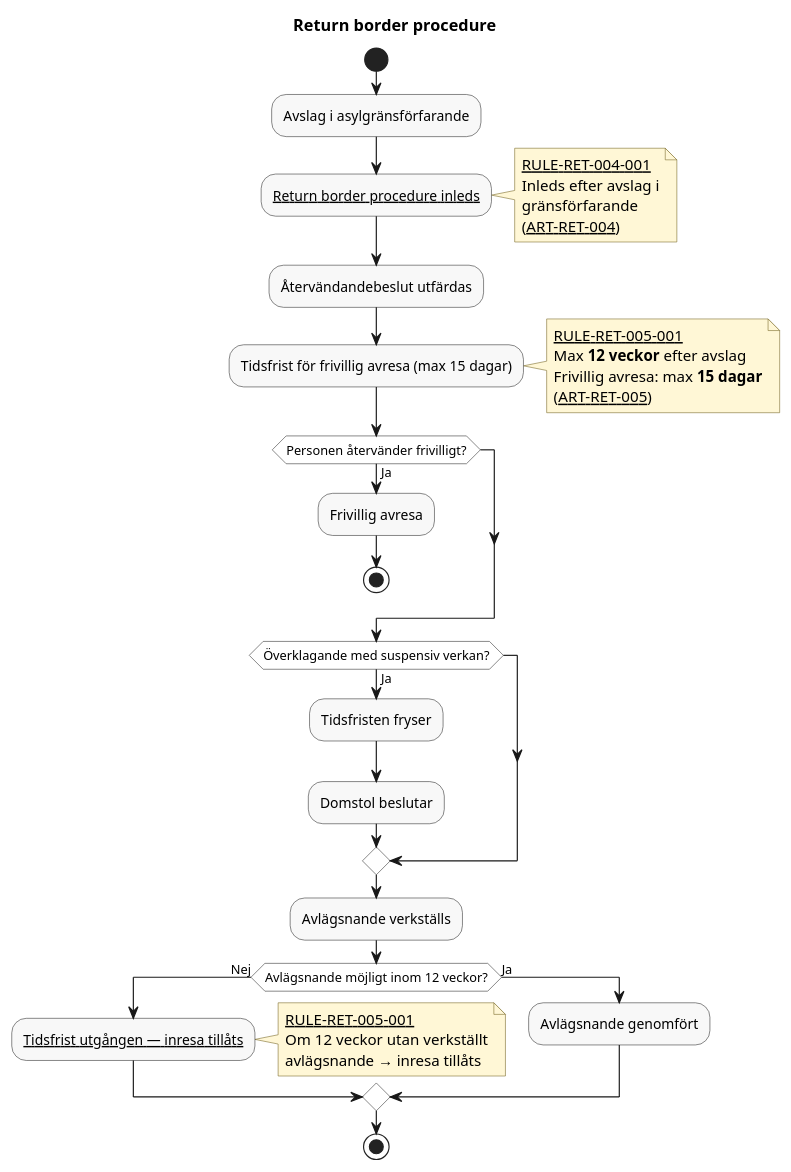
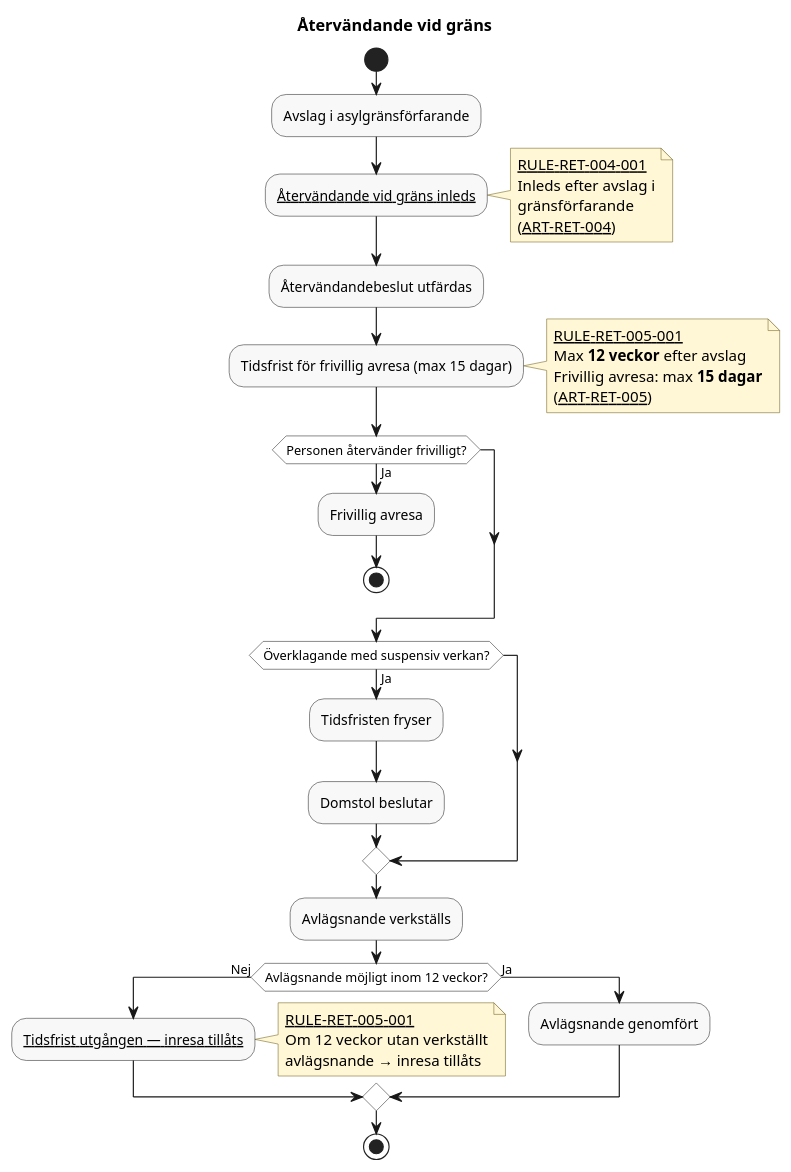
Before and after one commit to chrhe894/migration_pact: the diagram in docs/domains/return-border-procedure/diagrams/return-border-procedure.pu, drawn with PlantUML. The commit also changed other lines of this file and 225 other files, not shown here.

```diff
--- a/docs/domains/return-border-procedure/diagrams/return-border-procedure.pu
+++ b/docs/domains/return-border-procedure/diagrams/return-border-procedure.pu
@@ -14,77 +14,77 @@
 @startuml return-border-procedure
 
-title Return border procedure
+title Återvändande vid gräns
 
 skinparam shadowing false
 skinparam HyperlinkColor Black
 skinparam HyperlinkUnderline true
 skinparam defaultFontName Arial
 skinparam activity {
   BackgroundColor #F8F8F8
   BorderColor #333333
   DiamondBackgroundColor #FFFFFF
   DiamondBorderColor #333333
 }
 skinparam note {
   BackgroundColor #FFF7D6
   BorderColor #7A6A2A
 }
 
 start
 
 :Avslag i asylgränsförfarande;
 
-:[[../rules/rule-ret-004-001.md Return border procedure inleds]];
+:[[../rules/rule-ret-004-001.md Återvändande vid gräns inleds]];
 note right
   [[../rules/rule-ret-004-001.md RULE-RET-004-001]]
   Inleds efter avslag i
   gränsförfarande
   ([[../articles/return-004.md ART-RET-004]])
 end note
 
 :Återvändandebeslut utfärdas;
 
 :Tidsfrist för frivillig avresa (max 15 dagar);
 note right
   [[../rules/rule-ret-005-001.md RULE-RET-005-001]]
   Max **12 veckor** efter avslag
   Frivillig avresa: max **15 dagar**
   ([[../articles/return-005.md ART-RET-005]])
 end note
 
 if (Personen återvänder frivilligt?) then (Ja)
 
     :Frivillig avresa;
 
     stop
 
 endif
 
 if (Överklagande med suspensiv verkan?) then (Ja)
 
     :Tidsfristen fryser;
 
     :Domstol beslutar;
 
 endif
 
 :Avlägsnande verkställs;
 
 if (Avlägsnande möjligt inom 12 veckor?) then (Nej)
 
     :[[../rules/rule-ret-005-001.md Tidsfrist utgången — inresa tillåts]];
     note right
       [[../rules/rule-ret-005-001.md RULE-RET-005-001]]
       Om 12 veckor utan verkställt
       avlägsnande → inresa tillåts
     end note
 
 else (Ja)
 
     :Avlägsnande genomfört;
 
 endif
 
 stop
 
 @enduml
```
